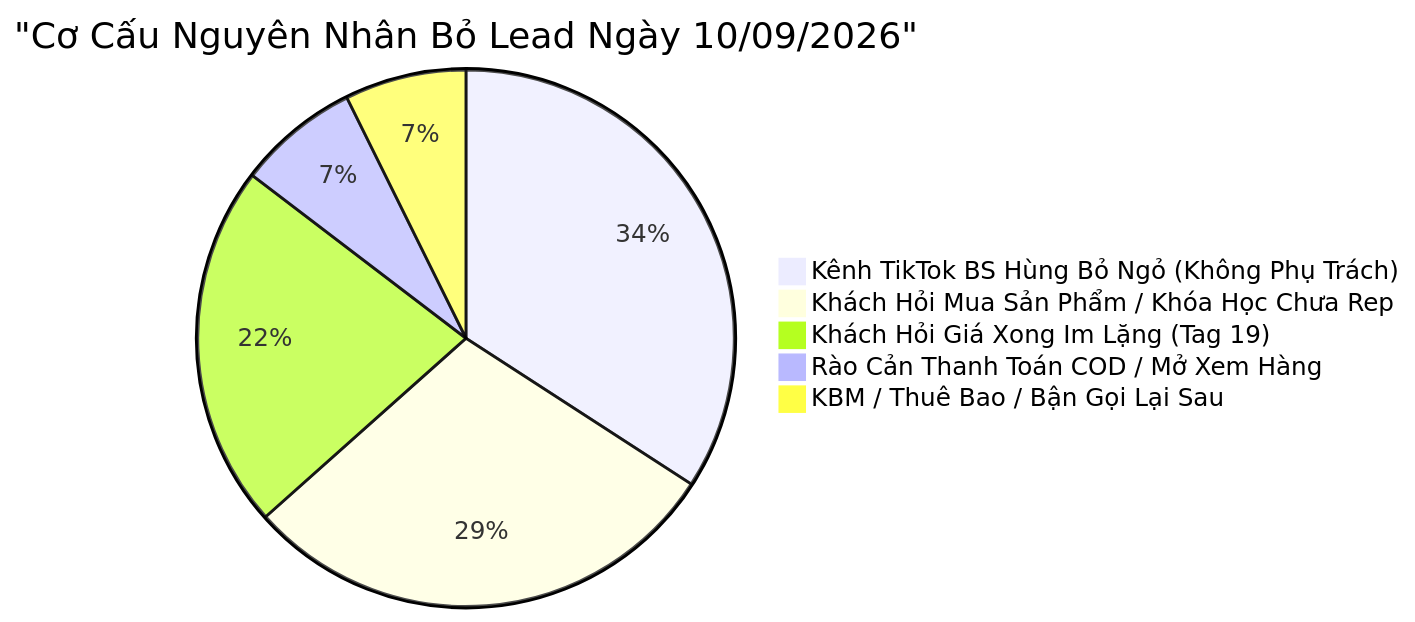
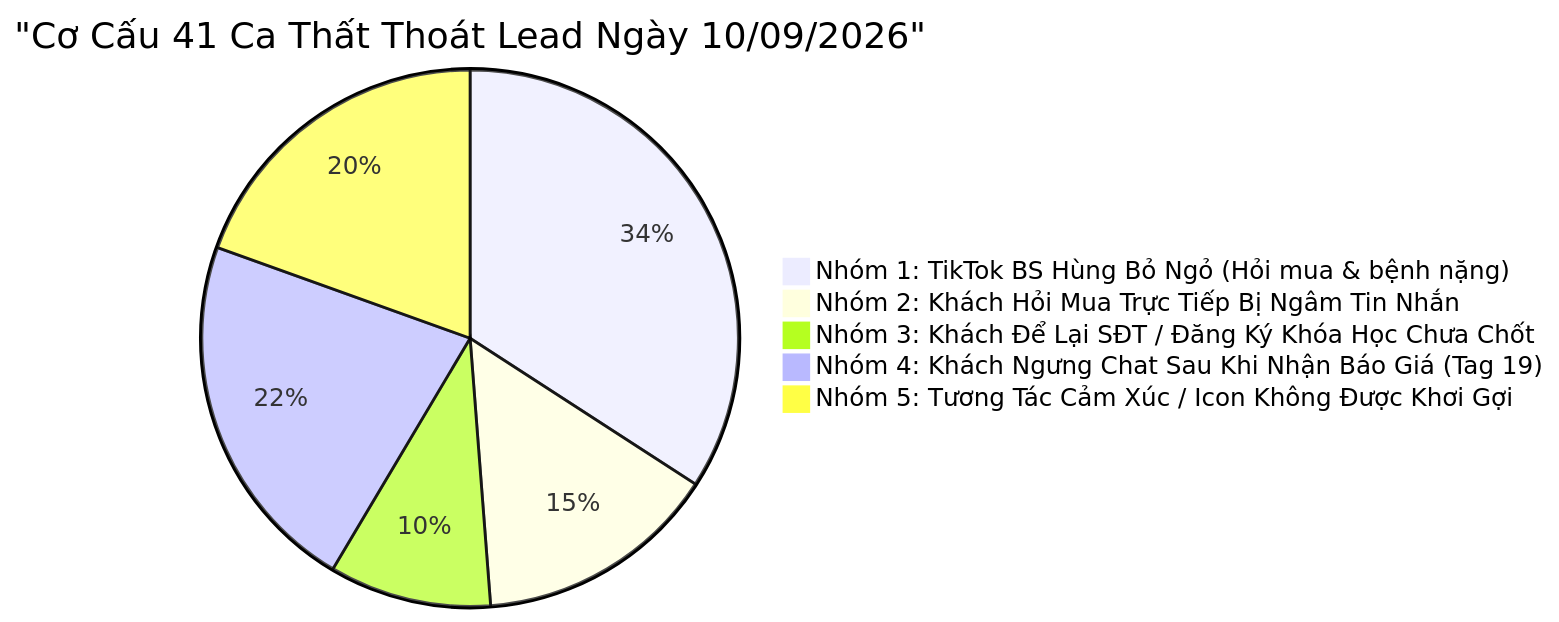
The second of 2 diagrams in content/Pancake-Audit/2026-09-10-Pancake-Sales-Performance-Report.md (dai-duong-1992/nerci-wiki), drawn with Mermaid before and after one commit. The commit also changed other lines of this file, not shown here.

````diff
--- a/content/Pancake-Audit/2026-09-10-Pancake-Sales-Performance-Report.md
+++ b/content/Pancake-Audit/2026-09-10-Pancake-Sales-Performance-Report.md
@@ -99,8 +107,8 @@
 ```mermaid
-pie title "Cơ Cấu Nguyên Nhân Bỏ Lead Ngày 10/09/2026"
-    "Kênh TikTok BS Hùng Bỏ Ngỏ (Không Phụ Trách)" : 14
-    "Khách Hỏi Mua Sản Phẩm / Khóa Học Chưa Rep" : 12
-    "Khách Hỏi Giá Xong Im Lặng (Tag 19)" : 9
-    "Rào Cản Thanh Toán COD / Mở Xem Hàng" : 3
-    "KBM / Thuê Bao / Bận Gọi Lại Sau" : 3
+pie title "Cơ Cấu 41 Ca Thất Thoát Lead Ngày 10/09/2026"
+    "Nhóm 1: TikTok BS Hùng Bỏ Ngỏ (Hỏi mua & bệnh nặng)" : 14
+    "Nhóm 2: Khách Hỏi Mua Trực Tiếp Bị Ngâm Tin Nhắn" : 6
+    "Nhóm 3: Khách Để Lại SĐT / Đăng Ký Khóa Học Chưa Chốt" : 4
+    "Nhóm 4: Khách Ngưng Chat Sau Khi Nhận Báo Giá (Tag 19)" : 9
+    "Nhóm 5: Tương Tác Cảm Xúc / Icon Không Được Khơi Gợi" : 8
 ```
````
